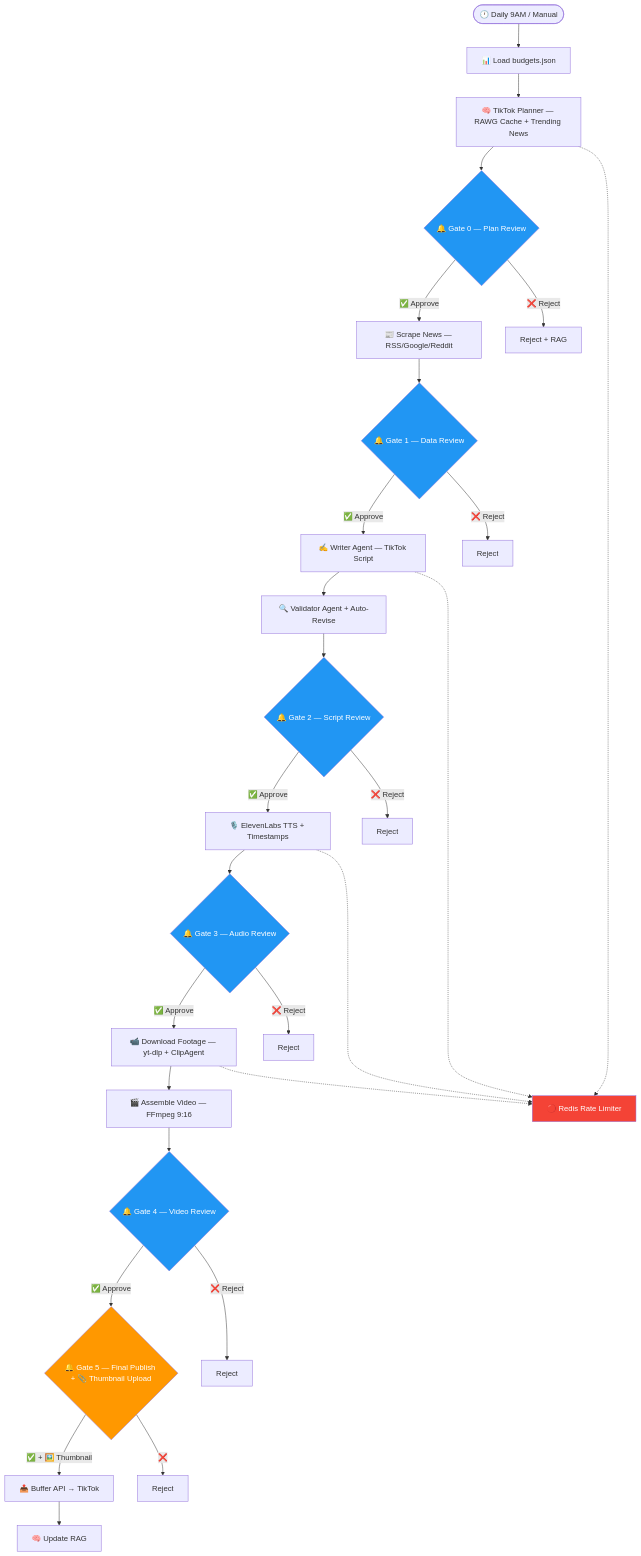
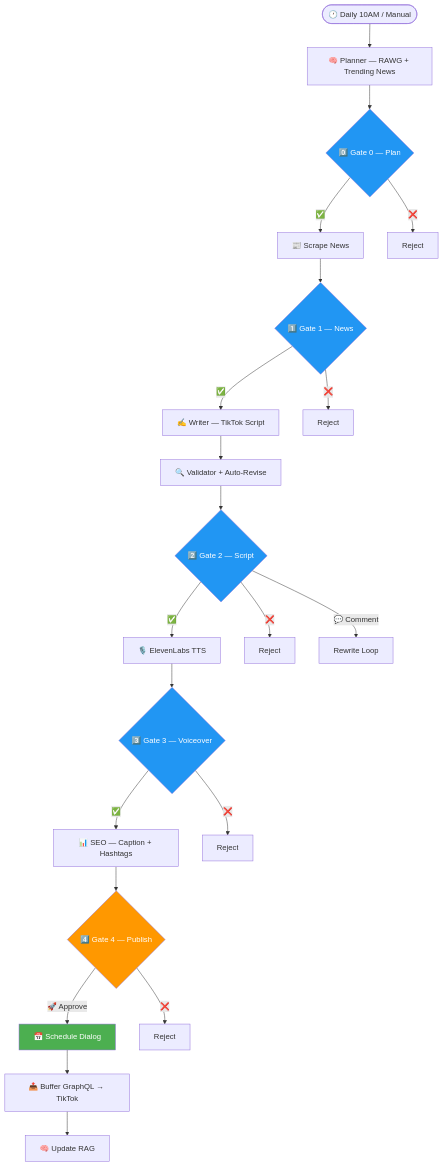
Before and after one commit to Adamo-97/pi_setup: the second of 2 diagrams in pi_tiktok_stack/README.md, drawn with Mermaid. The commit also changed other lines of this file and 3 other files, not shown here.

Commit message:
Refactor README.md for pi_x_stack: streamline architecture overview, update pipeline flow to 5-gate HITL, enhance approval gates, and improve content types. Integrate Buffer GraphQL API details and clarify project structure.

````diff
--- a/pi_tiktok_stack/README.md
+++ b/pi_tiktok_stack/README.md
@@ -85,44 +34,36 @@
 ```mermaid
 flowchart TD
-    START([🕐 Daily 9AM / Manual]) --> BUDGET[📊 Load budgets.json]
-    BUDGET --> PLAN[🧠 TikTok Planner — RAWG Cache + Trending News]
+    START([🕐 Daily 10AM / Manual]) --> PLAN[🧠 Planner — RAWG + Trending News]
 
-    PLAN --> GATE0{🔔 Gate 0 — Plan Review}
-    GATE0 -- ✅ Approve --> SCRAPE[📰 Scrape News — RSS/Google/Reddit]
-    GATE0 -- ❌ Reject --> R0[Reject + RAG]
+    PLAN --> GATE0{0️⃣ Gate 0 — Plan}
+    GATE0 -- ✅ --> SCRAPE[📰 Scrape News]
+    GATE0 -- ❌ --> R0[Reject]
 
-    SCRAPE --> GATE1{🔔 Gate 1 — Data Review}
-    GATE1 -- ✅ Approve --> SCRIPT[✍️ Writer Agent — TikTok Script]
-    GATE1 -- ❌ Reject --> R1[Reject]
+    SCRAPE --> GATE1{1️⃣ Gate 1 — News}
+    GATE1 -- ✅ --> SCRIPT[✍️ Writer — TikTok Script]
+    GATE1 -- ❌ --> R1[Reject]
 
-    SCRIPT --> VALIDATE[🔍 Validator Agent + Auto-Revise]
-    VALIDATE --> GATE2{🔔 Gate 2 — Script Review}
-    GATE2 -- ✅ Approve --> VOICE[🎙️ ElevenLabs TTS + Timestamps]
-    GATE2 -- ❌ Reject --> R2[Reject]
+    SCRIPT --> VALIDATE[🔍 Validator + Auto-Revise]
+    VALIDATE --> GATE2{2️⃣ Gate 2 — Script}
+    GATE2 -- ✅ --> VOICE[🎙️ ElevenLabs TTS]
+    GATE2 -- ❌ --> R2[Reject]
+    GATE2 -- 💬 Comment --> REWRITE[Rewrite Loop]
 
-    VOICE --> GATE3{🔔 Gate 3 — Audio Review}
-    GATE3 -- ✅ Approve --> FOOTAGE[📹 Download Footage — yt-dlp + ClipAgent]
-    GATE3 -- ❌ Reject --> R3[Reject]
+    VOICE --> GATE3{3️⃣ Gate 3 — Voiceover}
+    GATE3 -- ✅ --> SEO[📊 SEO — Caption + Hashtags]
+    GATE3 -- ❌ --> R3[Reject]
 
-    FOOTAGE --> ASSEMBLE[🎬 Assemble Video — FFmpeg 9:16]
-    ASSEMBLE --> GATE4{🔔 Gate 4 — Video Review}
-    GATE4 -- ✅ Approve --> PUBLISH{🔔 Gate 5 — Final Publish + 📎 Thumbnail Upload}
-    GATE4 -- ❌ Reject --> R4[Reject]
+    SEO --> GATE4{4️⃣ Gate 4 — Publish}
+    GATE4 -- 🚀 Approve --> DIALOG[📅 Schedule Dialog]
+    GATE4 -- ❌ --> R4[Reject]
 
-    PUBLISH -- ✅ + 🖼️ Thumbnail --> BUFFER[📤 Buffer API → TikTok]
+    DIALOG --> BUFFER[📤 Buffer GraphQL → TikTok]
     BUFFER --> RAG[🧠 Update RAG]
-    PUBLISH -- ❌ --> R5[Reject]
-
-    SCRIPT -.-> REDIS[🔴 Redis Rate Limiter]
-    VOICE -.-> REDIS
-    FOOTAGE -.-> REDIS
-    PLAN -.-> REDIS
 
     style GATE0 fill:#2196F3,color:#fff
     style GATE1 fill:#2196F3,color:#fff
     style GATE2 fill:#2196F3,color:#fff
     style GATE3 fill:#2196F3,color:#fff
-    style GATE4 fill:#2196F3,color:#fff
-    style PUBLISH fill:#FF9800,color:#fff
-    style REDIS fill:#f44336,color:#fff
+    style GATE4 fill:#FF9800,color:#fff
+    style DIALOG fill:#4CAF50,color:#fff
 ```
````
